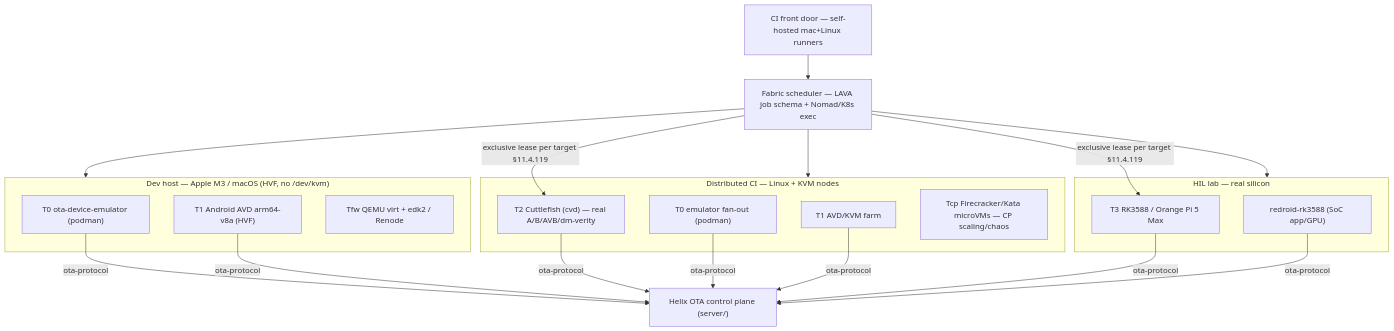
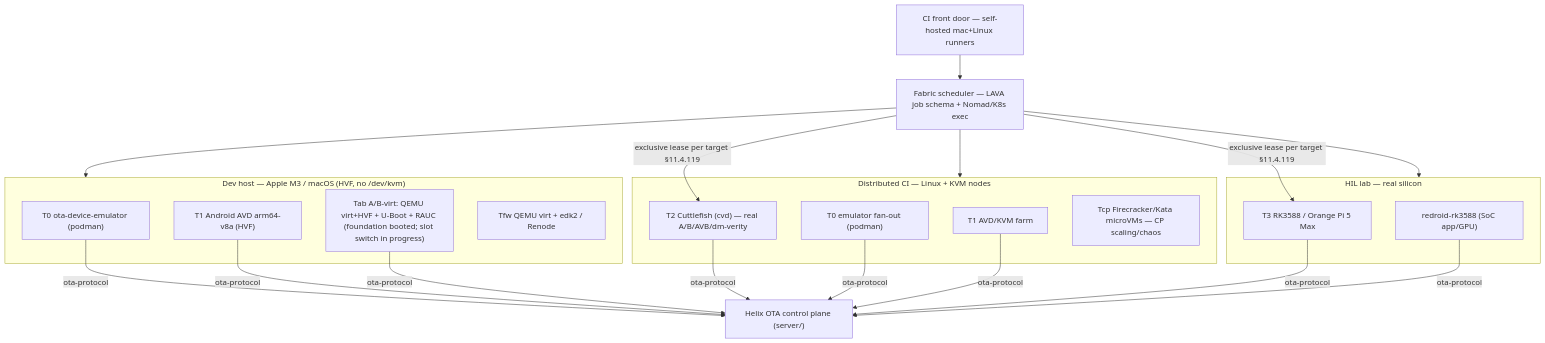
The diagram in docs/design/emulation_fabric/DESIGN.md (HelixDevelopment/helix_ota), drawn with Mermaid before and after one commit. The commit also changed other lines of this file and 29 other files, not shown here.

````diff
--- a/docs/design/emulation_fabric/DESIGN.md
+++ b/docs/design/emulation_fabric/DESIGN.md
@@ -43,25 +44,26 @@
 ```mermaid
 flowchart TB
   subgraph DEV["Dev host — Apple M3 / macOS (HVF, no /dev/kvm)"]
     T0d["T0 ota-device-emulator (podman)"]
     T1d["T1 Android AVD arm64-v8a (HVF)"]
+    TABd["Tab A/B-virt: QEMU virt+HVF + U-Boot + RAUC (foundation booted; slot switch in progress)"]
     FWd["Tfw QEMU virt + edk2 / Renode"]
   end
   subgraph CI["Distributed CI — Linux + KVM nodes"]
     T2["T2 Cuttlefish (cvd) — real A/B/AVB/dm-verity"]
     T0c["T0 emulator fan-out (podman)"]
     T1c["T1 AVD/KVM farm"]
     TCP["Tcp Firecracker/Kata microVMs — CP scaling/chaos"]
   end
   subgraph HIL["HIL lab — real silicon"]
     T3["T3 RK3588 / Orange Pi 5 Max"]
     RD["redroid-rk3588 (SoC app/GPU)"]
   end
   CP["Helix OTA control plane (server/)"]
   SCHED["Fabric scheduler — LAVA job schema + Nomad/K8s exec"]
   RUN["CI front door — self-hosted mac+Linux runners"]
   RUN --> SCHED
   SCHED --> DEV & CI & HIL
-  T0d & T1d & T2 & T0c & T1c & T3 & RD -->|ota-protocol| CP
+  T0d & T1d & TABd & T2 & T0c & T1c & T3 & RD -->|ota-protocol| CP
   SCHED -->|exclusive lease per target §11.4.119| T2 & T3
 ```
````
